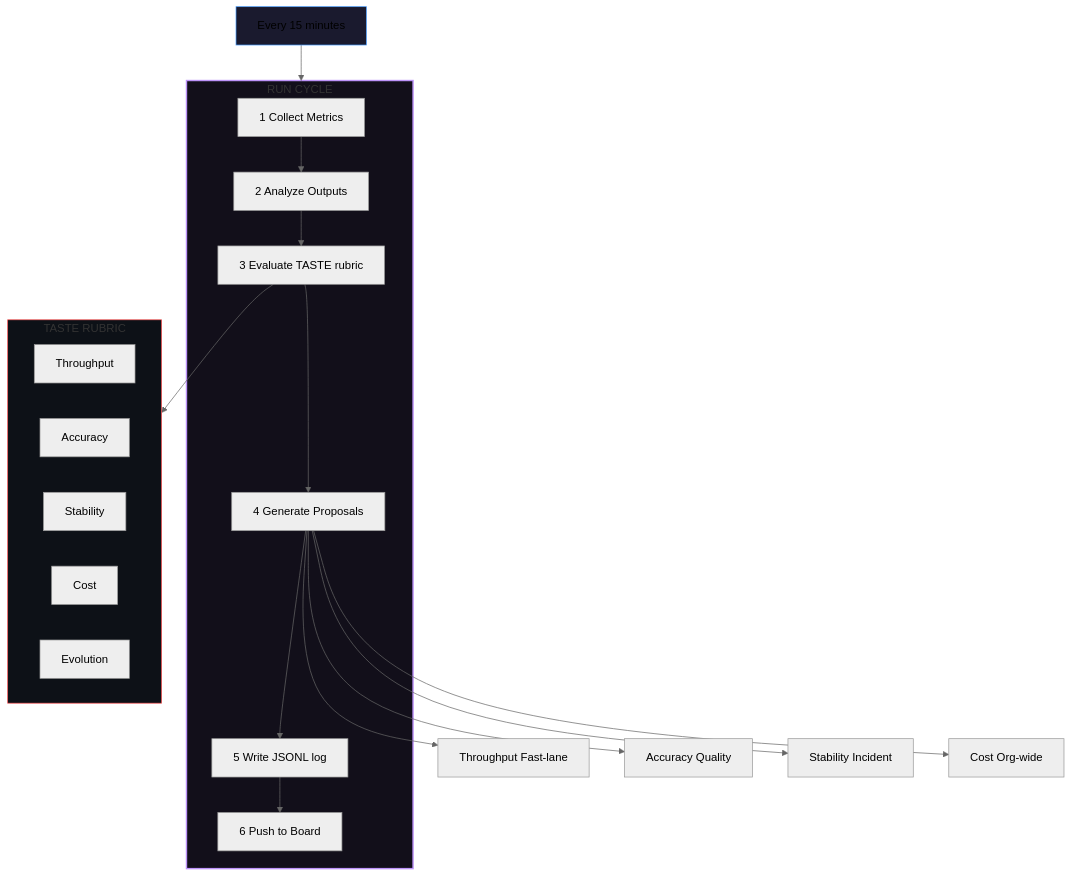
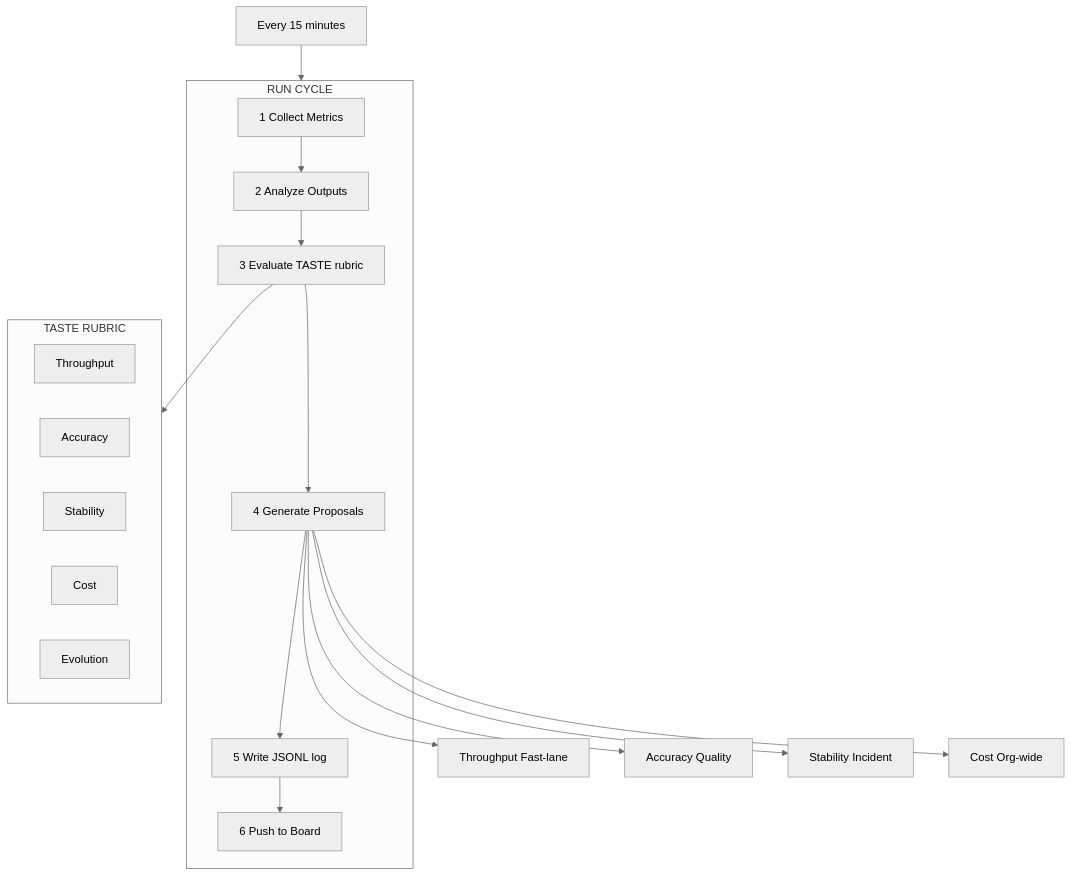
Before and after one commit to mmartoccia/ghost-orchestration-pattern: the diagram in diagrams/CRON_ORCHESTRATOR.mmd, drawn with Mermaid (neutral theme). The commit also changed 4 other files, not shown here.

Commit message:
Strip all styling - GitHub Mermaid uses older version without fill/stroke support

````diff
--- a/diagrams/CRON_ORCHESTRATOR.mmd
+++ b/diagrams/CRON_ORCHESTRATOR.mmd
@@ -1,29 +1,26 @@
 ```mermaid
 flowchart TB
     E["Every 15 minutes"]
     subgraph C["RUN CYCLE"]
         M1["1 Collect Metrics"]
         M2["2 Analyze Outputs"]
         M3["3 Evaluate TASTE rubric"]
         M4["4 Generate Proposals"]
         M5["5 Write JSONL log"]
         M6["6 Push to Board"]
         M1 --> M2 --> M3 --> M4 --> M5 --> M6
     end
     E --> C
     M3 --> T
     subgraph T["TASTE RUBRIC"]
         T1["Throughput"]
         T2["Accuracy"]
         T3["Stability"]
         T4["Cost"]
         T5["Evolution"]
     end
     M4 --> P1["Throughput Fast-lane"]
     M4 --> P2["Accuracy Quality"]
     M4 --> P3["Stability Incident"]
     M4 --> P4["Cost Org-wide"]
-    style E fill:#1a1a2e,stroke:#4a9eff,stroke-width:1px
-    style C fill:#120f1a,stroke:#bd93f9,stroke-width:2px
-    style T fill:#0d1117,stroke:#ff5555,stroke-width:1px
 ```
````
